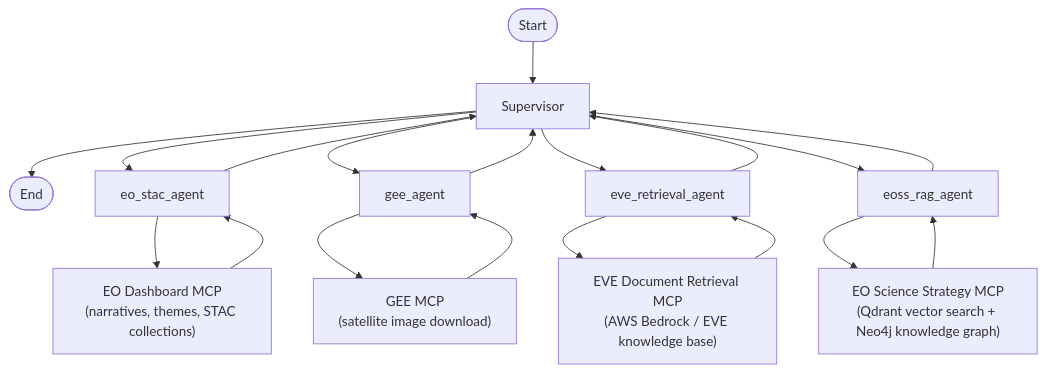
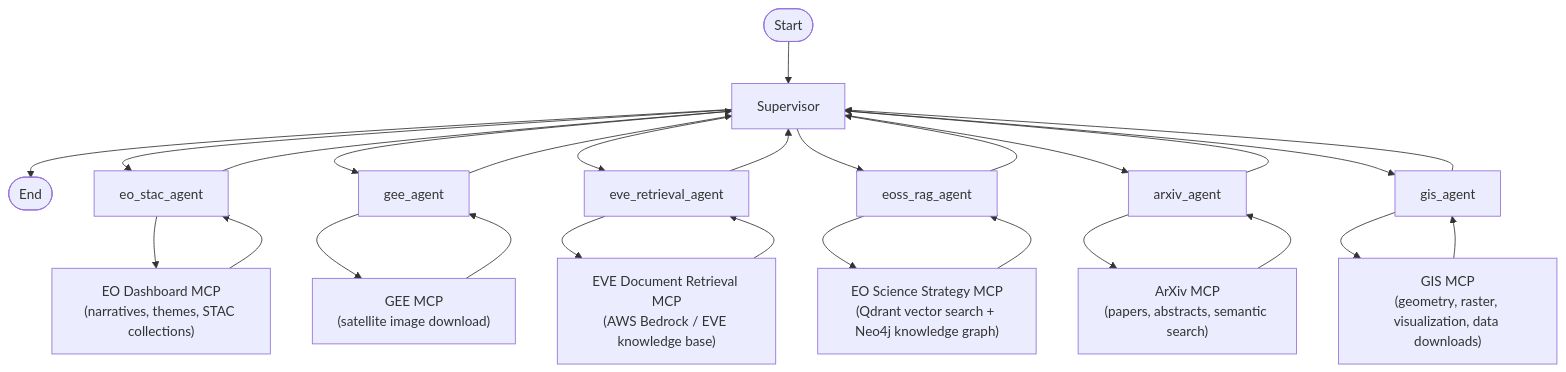
One commit to Riccardo7-DS/agenticeoecosystem changed the diagram in README.md. Above: the diagram before and after it, drawn with Mermaid. The commit also changed other lines of this file and 7 other files, not shown here.

Commit message:
Refactor code structure for improved readability and maintainability, added subsamples to generation, added mcp server for gis tools

````diff
--- a/README.md
+++ b/README.md
@@ -34,32 +36,42 @@
 ```mermaid
 graph TD
 
     Start([Start])
     End([End])
 
     Start --> Supervisor
 
     Supervisor --> EO_STAC[eo_stac_agent]
     Supervisor --> GEE[gee_agent]
     Supervisor --> EVE[eve_retrieval_agent]
     Supervisor --> RAG[eoss_rag_agent]
+    Supervisor --> ArXiv[arxiv_agent]
+    Supervisor --> GIS[gis_agent]
 
     EO_STAC --> EO_MCP["EO Dashboard MCP\n(narratives, themes, STAC collections)"]
     EO_MCP --> EO_STAC
 
     GEE --> GEE_MCP["GEE MCP\n(satellite image download)"]
     GEE_MCP --> GEE
 
     EVE --> EVE_MCP["EVE Document Retrieval MCP\n(AWS Bedrock / EVE knowledge base)"]
     EVE_MCP --> EVE
 
     RAG --> HYBRIDRAG_MCP["EO Science Strategy MCP\n(Qdrant vector search + Neo4j knowledge graph)"]
     HYBRIDRAG_MCP --> RAG
 
+    ArXiv --> ARXIV_MCP["ArXiv MCP\n(papers, abstracts, semantic search)"]
+    ARXIV_MCP --> ArXiv
+
+    GIS --> GIS_MCP["GIS MCP\n(geometry, raster, visualization, data downloads)"]
+    GIS_MCP --> GIS
+
     EO_STAC --> Supervisor
     GEE --> Supervisor
     EVE --> Supervisor
     RAG --> Supervisor
+    ArXiv --> Supervisor
+    GIS --> Supervisor
 
     Supervisor --> End
 ```
````
